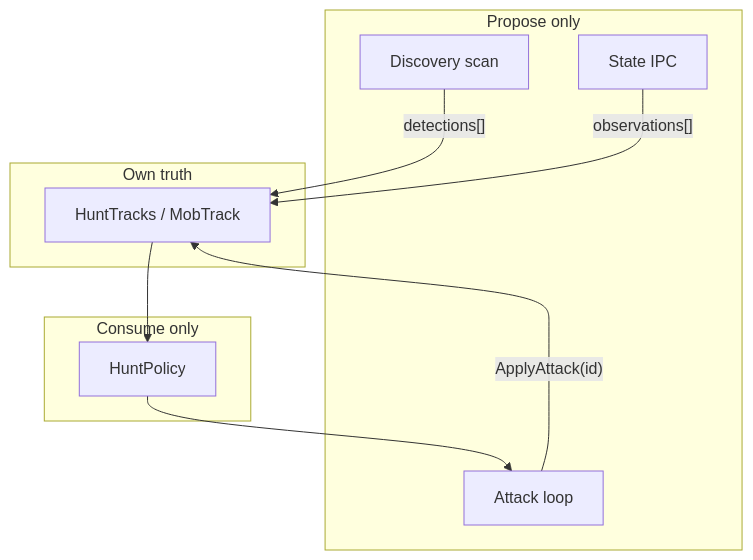
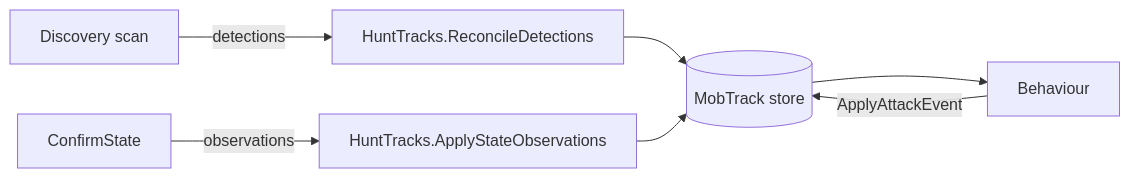
One commit to Georg1992/ViiperHexBots changed the diagram in docs/hunt-scan-audit.md. Above: the diagram before and after it, drawn with Mermaid. The commit also changed other lines of this file and 147 other files, not shown here.

````diff
--- a/docs/hunt-scan-audit.md
+++ b/docs/hunt-scan-audit.md
@@ -8,22 +15,9 @@
 ```mermaid
-flowchart TB
-    subgraph propose [Propose only]
-        D[Discovery scan]
-        S[State IPC]
-        A[Attack loop]
-    end
-
-    subgraph own [Own truth]
-        HT[HuntTracks / MobTrack]
-    end
-
-    subgraph consume [Consume only]
-        P[HuntPolicy]
-    end
-
-    D -->|"detections[]"| HT
-    S -->|"observations[]"| HT
-    A -->|"ApplyAttack(id)"| HT
-    HT --> P
-    P --> A
+flowchart LR
+    D[Discovery scan] -->|detections| T[HuntTracks.ReconcileDetections]
+    S[ConfirmState] -->|observations| T2[HuntTracks.ApplyStateObservations]
+    T --> HT[(MobTrack store)]
+    T2 --> HT
+    HT --> B[Behaviour]
+    B -->|ApplyAttackEvent| HT
 ```
````
